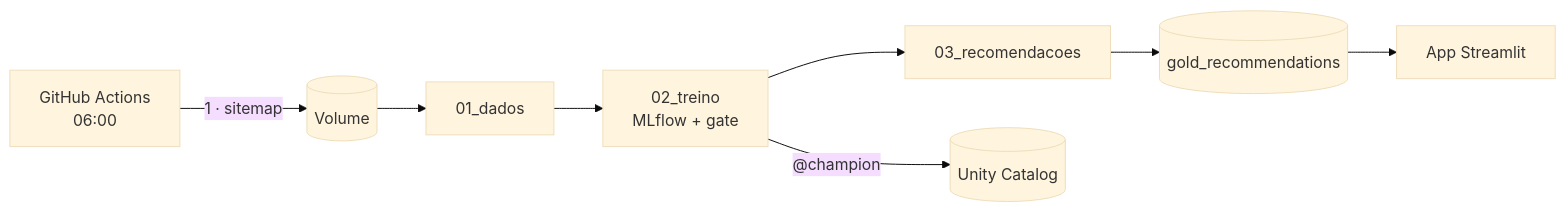
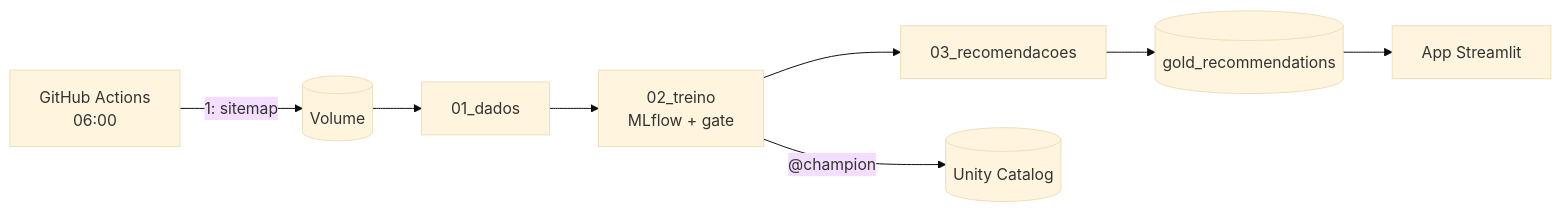
One commit to will3g/news-recsys-databricks changed the diagram in README.md. Above: the diagram before and after it, drawn with Mermaid (base theme). The commit also changed other lines of this file and 7 other files, not shown here.

````diff
--- a/README.md
+++ b/README.md
@@ -13,7 +11,7 @@
 ```mermaid
 flowchart LR
-    GH["GitHub Actions<br/>06:00"] -- "1 · sitemap" --> V[("Volume")]
+    GH["GitHub Actions<br/>06:00"] -- "1: sitemap" --> V[("Volume")]
     V --> N1["01_dados"] --> N2["02_treino<br/>MLflow + gate"] --> N3["03_recomendacoes"]
     N2 -- "@champion" --> UC[("Unity Catalog")]
     N3 --> G[("gold_recommendations")] --> APP["App Streamlit"]
 ```
````
